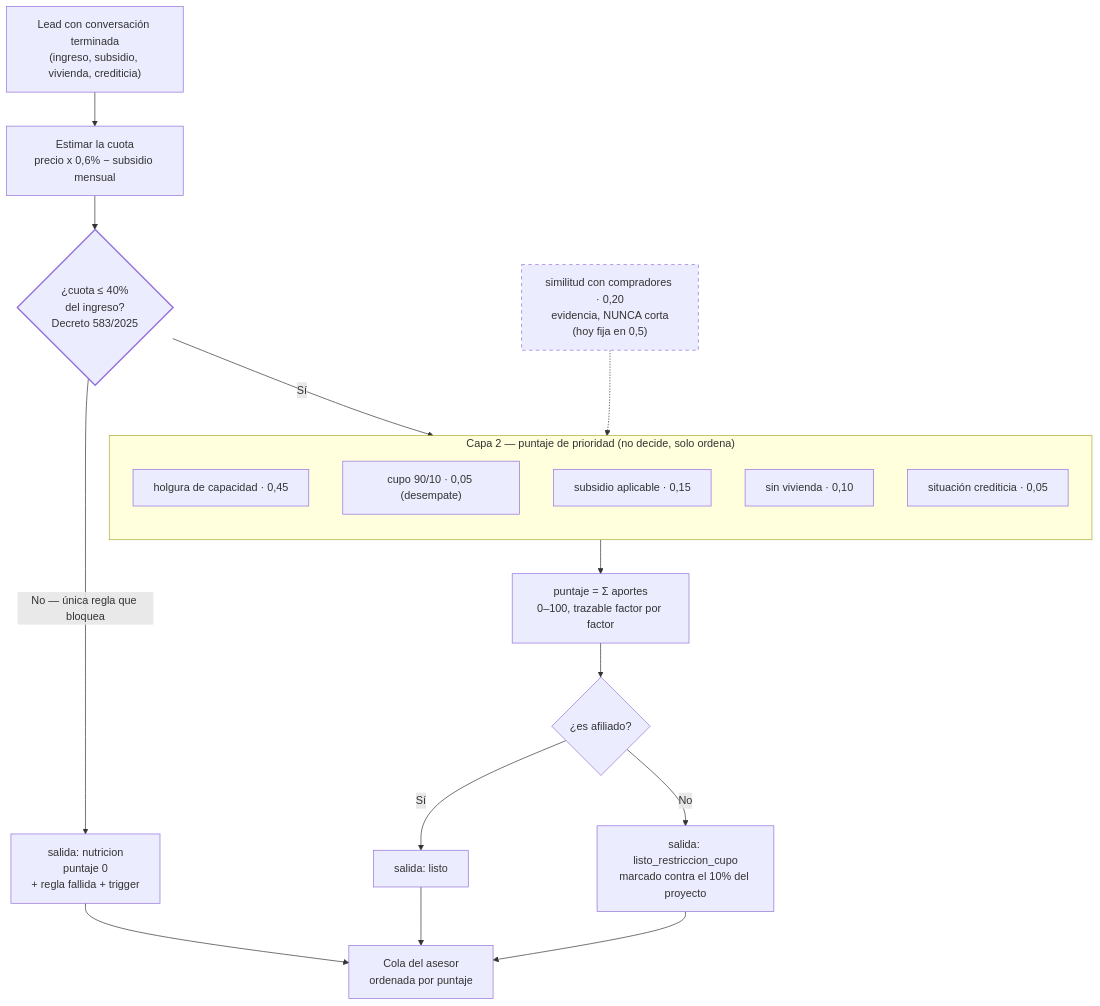
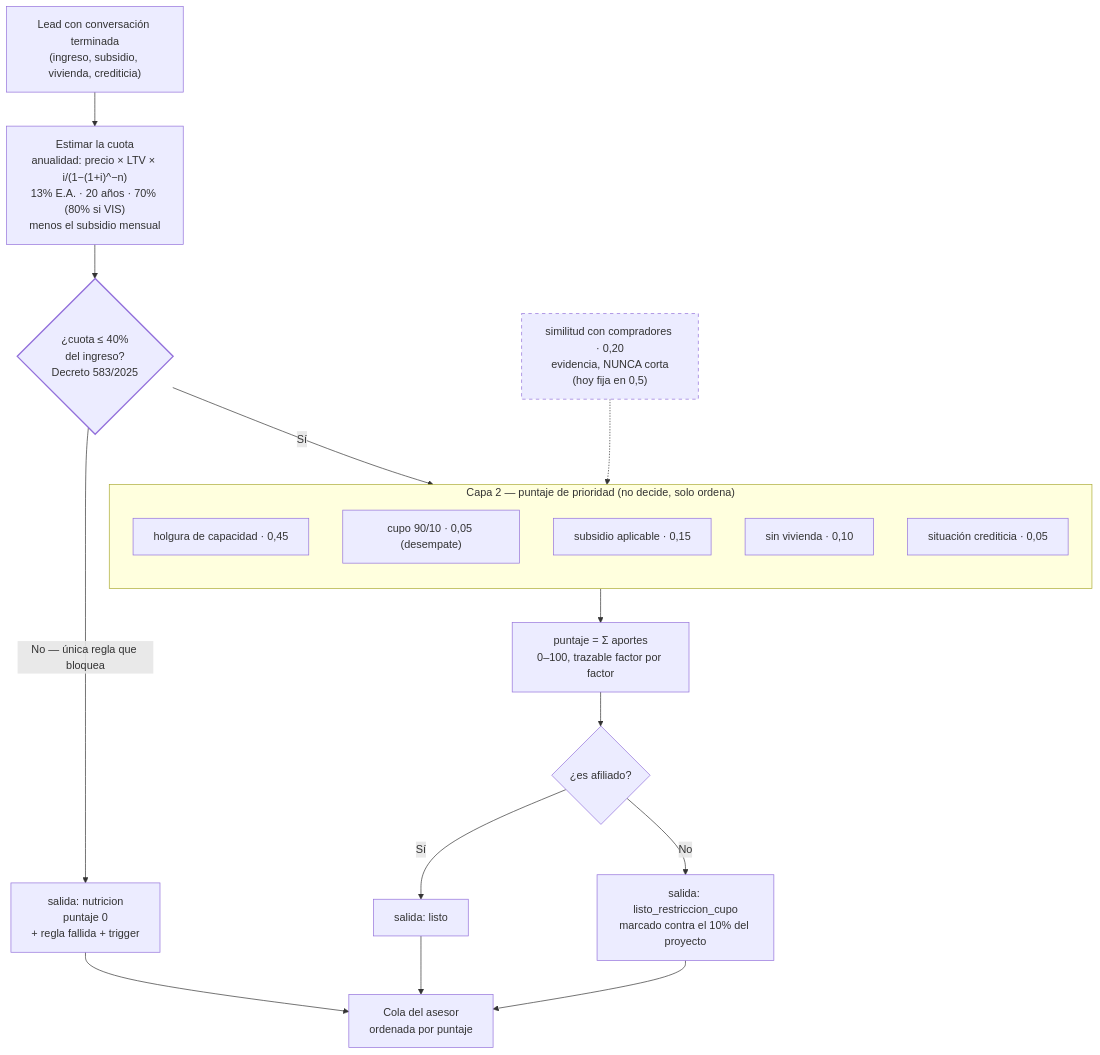
One commit to hackathon-30x-colsubsidio/mvp-reto-vivienda changed the diagram in docs/specs/03-scoring.md. Above: the diagram before and after it, drawn with Mermaid. The commit also changed other lines of this file and 11 other files, not shown here.

````diff
--- a/docs/specs/03-scoring.md
+++ b/docs/specs/03-scoring.md
@@ -144,38 +164,38 @@
 ```mermaid
 flowchart TD
     LEAD["Lead con conversación terminada<br/>(ingreso, subsidio, vivienda, crediticia)"] --> CUOTA
 
-    CUOTA["Estimar la cuota<br/>precio x 0,6% − subsidio mensual"] --> GATE
+    CUOTA["Estimar la cuota<br/>anualidad: precio × LTV × i/(1−(1+i)^−n)<br/>13% E.A. · 20 años · 70% (80% si VIS)<br/>menos el subsidio mensual"] --> GATE
 
     GATE{"¿cuota ≤ 40%<br/>del ingreso?<br/>Decreto 583/2025"}
 
     GATE -->|"No — única regla que bloquea"| NUTRI["salida: nutricion<br/>puntaje 0<br/>+ regla fallida + trigger"]
 
     GATE -->|"Sí"| PESO
 
     subgraph PESO["Capa 2 — puntaje de prioridad (no decide, solo ordena)"]
         direction TB
         F2["holgura de capacidad · 0,45"]
         F3["cupo 90/10 · 0,05 (desempate)"]
         F5["subsidio aplicable · 0,15"]
         F6["sin vivienda · 0,10"]
         F7["situación crediticia · 0,05"]
     end
 
     SIM["similitud con compradores · 0,20<br/>evidencia, NUNCA corta<br/>(hoy fija en 0,5)"] -.-> PESO
 
     PESO --> SUMA["puntaje = Σ aportes<br/>0–100, trazable factor por factor"]
 
     SUMA --> AFIL{"¿es afiliado?"}
     AFIL -->|"Sí"| LISTO["salida: listo"]
     AFIL -->|"No"| CUPO["salida: listo_restriccion_cupo<br/>marcado contra el 10% del proyecto"]
 
     LISTO --> COLA["Cola del asesor<br/>ordenada por puntaje"]
     CUPO --> COLA
     NUTRI --> COLA
 
     classDef bloquea stroke-width:2px
     classDef propuesta stroke-dasharray: 5 5
     class GATE bloquea
     class SIM propuesta
 ```
````
